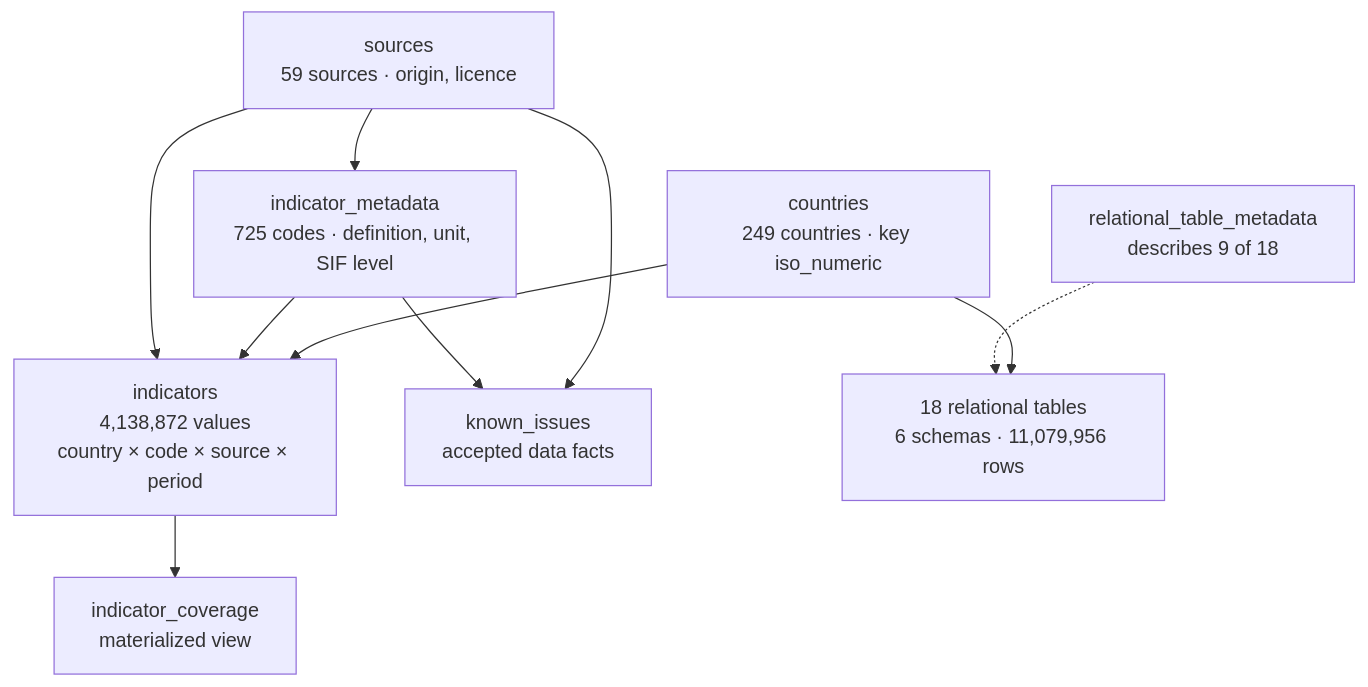
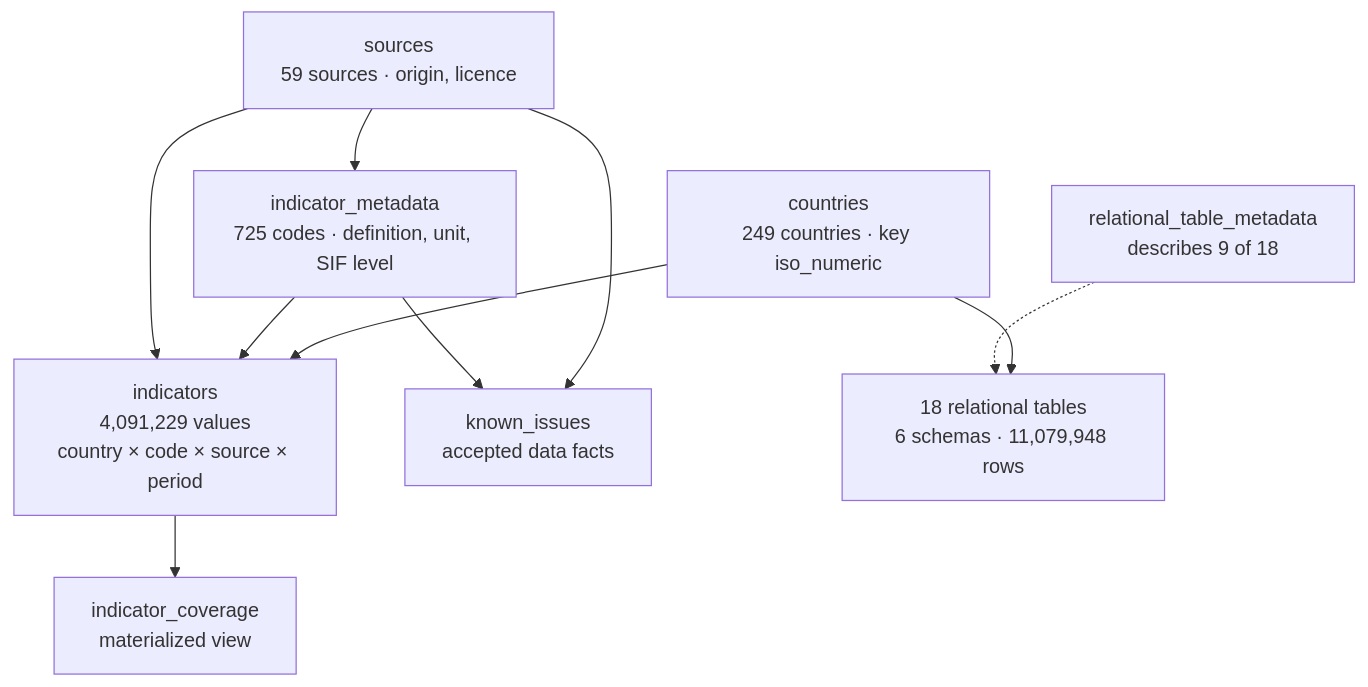
One commit to Julian-Endres/country-intelligence changed the first of 2 diagrams in README.md. Above: the diagram before and after it, drawn with Mermaid. The commit also changed other lines of this file and 7 other files, not shown here.

````diff
--- a/README.md
+++ b/README.md
@@ -75,21 +75,21 @@
 ```mermaid
 flowchart TD
     countries["countries<br/>249 countries · key iso_numeric"]
     sources["sources<br/>59 sources · origin, licence"]
     meta["indicator_metadata<br/>725 codes · definition, unit, SIF level"]
-    ind["indicators<br/>4,138,872 values<br/>country × code × source × period"]
+    ind["indicators<br/>4,091,229 values<br/>country × code × source × period"]
     ki["known_issues<br/>accepted data facts"]
-    rel["18 relational tables<br/>6 schemas · 11,079,956 rows"]
+    rel["18 relational tables<br/>6 schemas · 11,079,948 rows"]
     rtm["relational_table_metadata<br/>describes 9 of 18"]
     cov["indicator_coverage<br/>materialized view"]
 
     countries --> ind
     meta --> ind
     sources --> meta
     sources --> ind
     sources --> ki
     meta --> ki
     countries --> rel
     rtm -.-> rel
     ind --> cov
 ```
````
